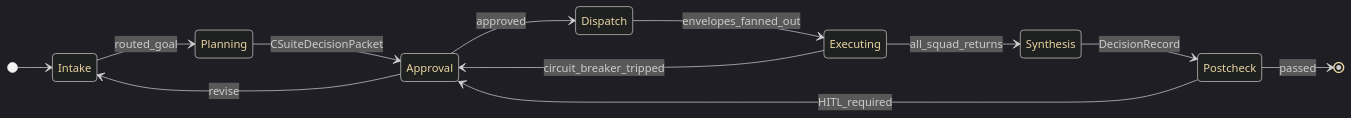
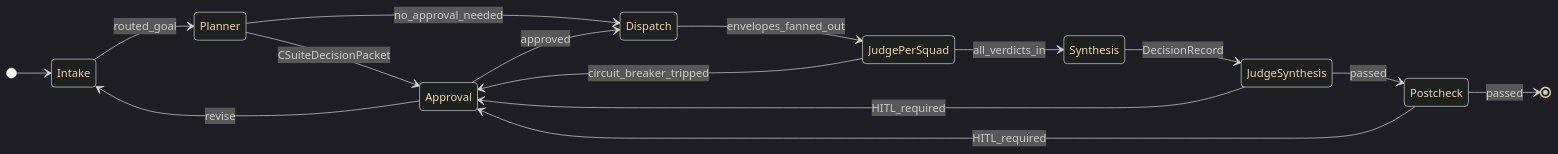
Before and after one commit to lebobo88/Hydra: the second of 7 diagrams in docs/constellation/HYDRA-CONSTELLATION.md, drawn with Mermaid. The commit also changed other lines of this file and 12 other files, not shown here.

````diff
--- a/docs/constellation/HYDRA-CONSTELLATION.md
+++ b/docs/constellation/HYDRA-CONSTELLATION.md
@@ -114,16 +114,19 @@
 ```mermaid
 %%{init: {'theme':'dark','themeVariables':{'primaryColor':'#0D0F1A','primaryTextColor':'#E8D5A3','primaryBorderColor':'#2E86AB','lineColor':'#E8D5A3'}}}%%
 stateDiagram-v2
     direction LR
     [*] --> Intake
-    Intake --> Planning : routed_goal
-    Planning --> Approval : CSuiteDecisionPacket
+    Intake --> Planner : routed_goal
+    Planner --> Approval : CSuiteDecisionPacket
+    Planner --> Dispatch : no_approval_needed
     Approval --> Dispatch : approved
     Approval --> Intake : revise
-    Dispatch --> Executing : envelopes_fanned_out
-    Executing --> Synthesis : all_squad_returns
-    Synthesis --> Postcheck : DecisionRecord
+    Dispatch --> JudgePerSquad : envelopes_fanned_out
+    JudgePerSquad --> Synthesis : all_verdicts_in
+    JudgePerSquad --> Approval : circuit_breaker_tripped
+    Synthesis --> JudgeSynthesis : DecisionRecord
+    JudgeSynthesis --> Postcheck : passed
+    JudgeSynthesis --> Approval : HITL_required
     Postcheck --> [*] : passed
     Postcheck --> Approval : HITL_required
-    Executing --> Approval : circuit_breaker_tripped
 ```
````
